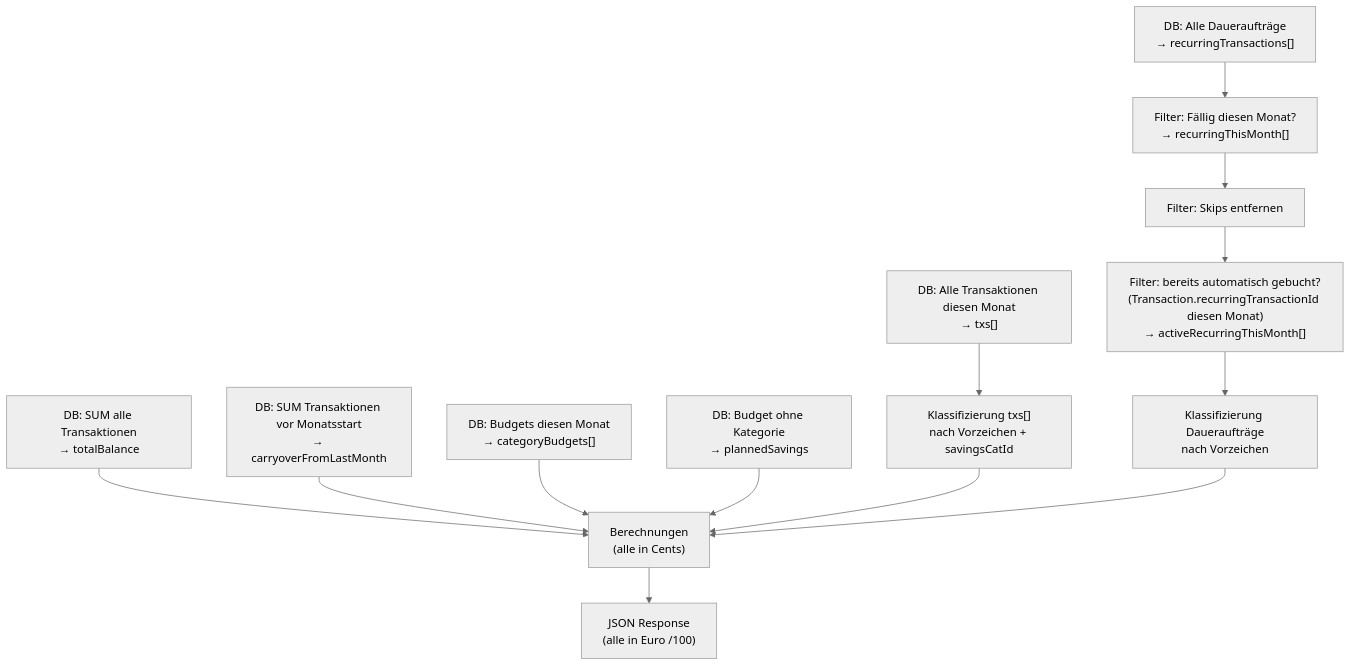
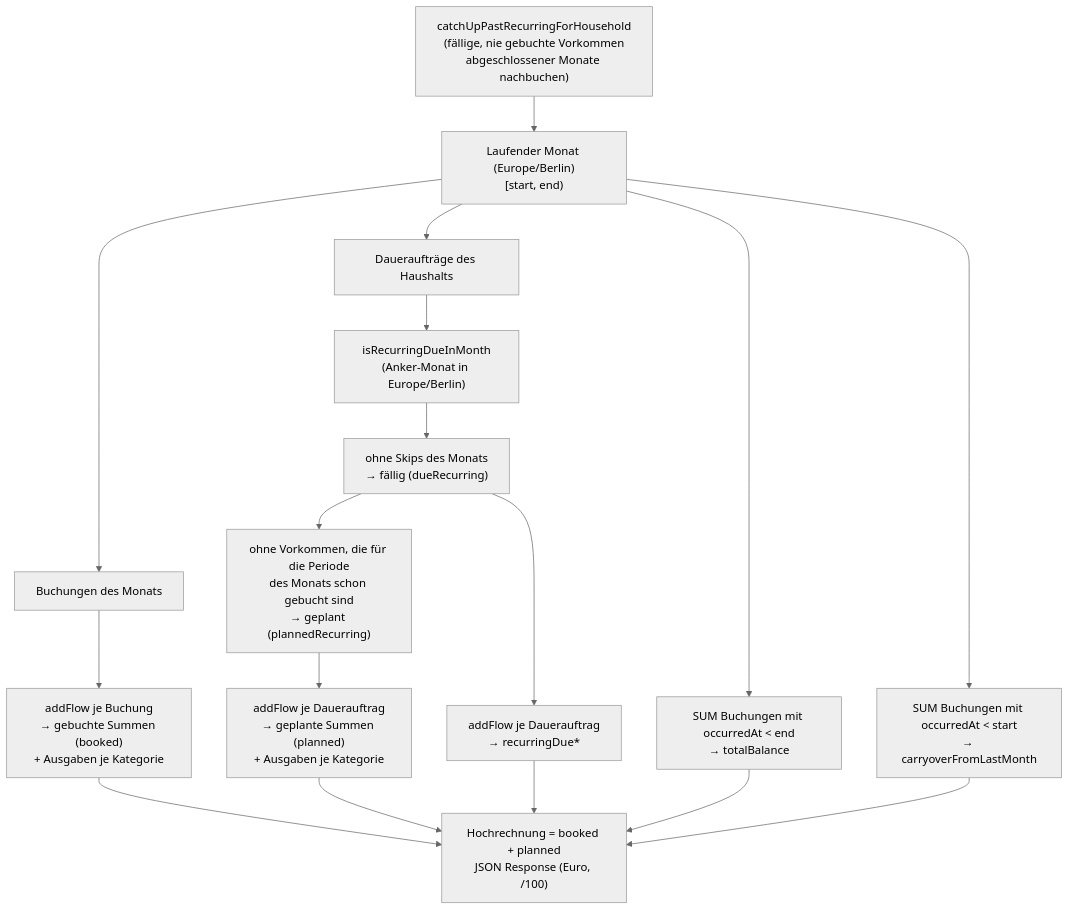
The diagram in docs/calculations/04-analytics-summary.md (konradthiemann/Doewe), drawn with Mermaid (neutral theme) before and after one commit. The commit also changed other lines of this file and 9 other files, not shown here.

````diff
--- a/docs/calculations/04-analytics-summary.md
+++ b/docs/calculations/04-analytics-summary.md
@@ -14,17 +25,19 @@
 ```mermaid
 flowchart TD
-    DB_ALL["DB: SUM alle Transaktionen\n→ totalBalance"] --> CALC
-    DB_PREV["DB: SUM Transaktionen vor Monatsstart\n→ carryoverFromLastMonth"] --> CALC
-    DB_TXS["DB: Alle Transaktionen diesen Monat\n→ txs[]"] --> CLASSIFY
-    DB_REC["DB: Alle Daueraufträge\n→ recurringTransactions[]"] --> FILTER_REC
-    DB_BUDGETS["DB: Budgets diesen Monat\n→ categoryBudgets[]"] --> CALC
-    DB_PLANNED["DB: Budget ohne Kategorie\n→ plannedSavings"] --> CALC
-
-    CLASSIFY["Klassifizierung txs[]\nnach Vorzeichen + savingsCatId"] --> CALC
-    FILTER_REC["Filter: Fällig diesen Monat?\n→ recurringThisMonth[]"] --> SKIP_CHECK
-    SKIP_CHECK["Filter: Skips entfernen"] --> BOOKED_CHECK
-    BOOKED_CHECK["Filter: bereits automatisch gebucht?\n(Transaction.recurringTransactionId diesen Monat)\n→ activeRecurringThisMonth[]"] --> REC_CLASSIFY
-    REC_CLASSIFY["Klassifizierung Daueraufträge\nnach Vorzeichen"] --> CALC
-
-    CALC["Berechnungen\n(alle in Cents)"] --> OUTPUT["JSON Response\n(alle in Euro /100)"]
+    HEAL["catchUpPastRecurringForHousehold\n(fällige, nie gebuchte Vorkommen\nabgeschlossener Monate nachbuchen)"] --> RANGE["Laufender Monat (Europe/Berlin)\n[start, end)"]
+    RANGE --> DB_ALL["SUM Buchungen mit occurredAt < end\n→ totalBalance"]
+    RANGE --> DB_PREV["SUM Buchungen mit occurredAt < start\n→ carryoverFromLastMonth"]
+    RANGE --> DB_TXS["Buchungen des Monats"]
+    DB_TXS --> BOOKED["addFlow je Buchung\n→ gebuchte Summen (booked)\n+ Ausgaben je Kategorie"]
+    RANGE --> DB_REC["Daueraufträge des Haushalts"]
+    DB_REC --> DUE_M["isRecurringDueInMonth\n(Anker-Monat in Europe/Berlin)"]
+    DUE_M --> SKIP_CHECK["ohne Skips des Monats\n→ fällig (dueRecurring)"]
+    SKIP_CHECK --> DUE_SUM["addFlow je Dauerauftrag\n→ recurringDue*"]
+    SKIP_CHECK --> BOOKED_CHECK["ohne Vorkommen, die für die Periode\ndes Monats schon gebucht sind\n→ geplant (plannedRecurring)"]
+    BOOKED_CHECK --> PLANNED["addFlow je Dauerauftrag\n→ geplante Summen (planned)\n+ Ausgaben je Kategorie"]
+    BOOKED --> OUT["Hochrechnung = booked + planned\nJSON Response (Euro, /100)"]
+    PLANNED --> OUT
+    DUE_SUM --> OUT
+    DB_ALL --> OUT
+    DB_PREV --> OUT
 ```
````
